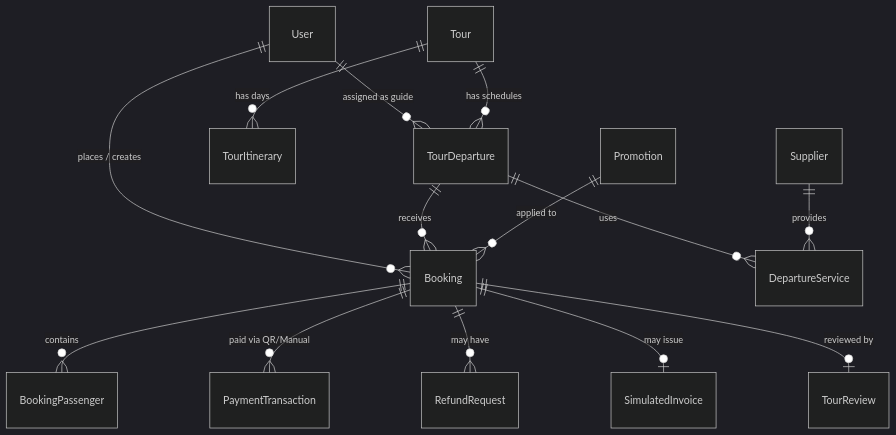
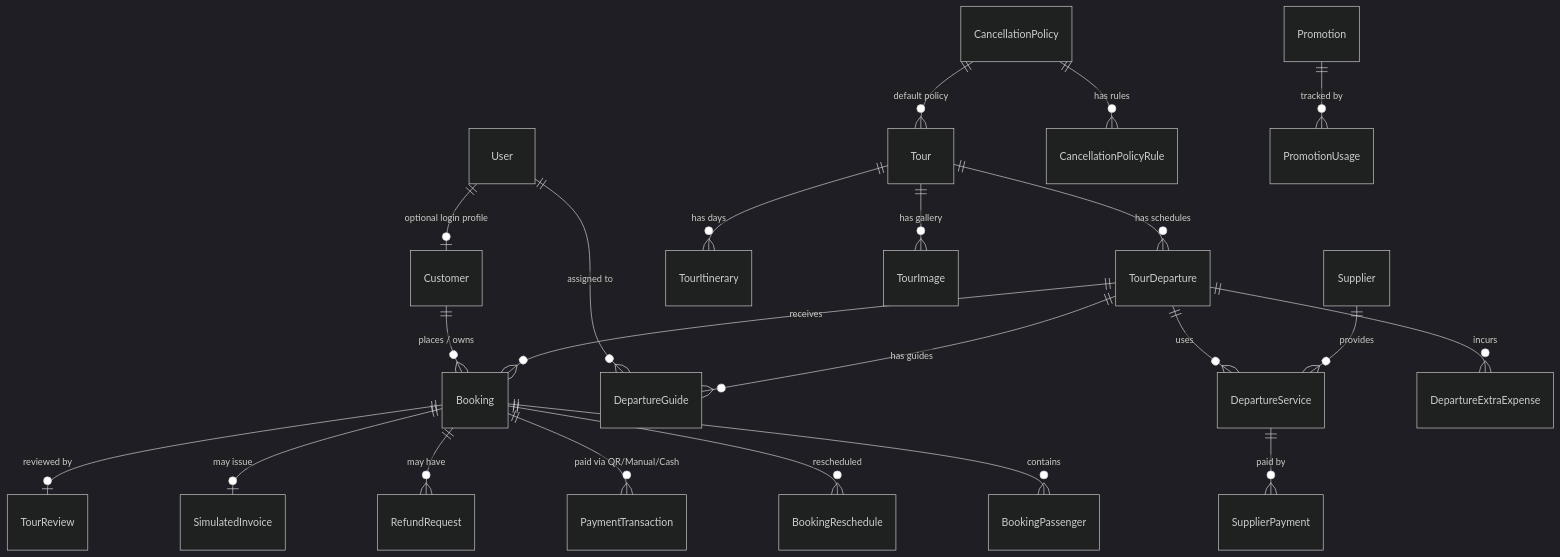
Before and after one commit to jtuongdang/web_manage_booking_tour_travel: the diagram in doc/06-thiet-ke-du-lieu-va-api-contracts.md, drawn with Mermaid (dark theme). The commit also changed other lines of this file and 13 other files, not shown here.

Commit message:
docs(db): finalize business specs, SQL Server 2022 schema, AGENTS.md and DevAgent validator

````diff
--- a/doc/06-thiet-ke-du-lieu-va-api-contracts.md
+++ b/doc/06-thiet-ke-du-lieu-va-api-contracts.md
@@ -5,16 +7,24 @@
 ```mermaid
 erDiagram
-    User ||--o{ Booking : "places / creates"
-    User ||--o{ TourDeparture : "assigned as guide"
+    User ||--o| Customer : "optional login profile"
+    Customer ||--o{ Booking : "places / owns"
+    User ||--o{ DepartureGuide : "assigned to"
+    TourDeparture ||--o{ DepartureGuide : "has guides"
+    CancellationPolicy ||--o{ Tour : "default policy"
+    CancellationPolicy ||--o{ CancellationPolicyRule : "has rules"
     Tour ||--o{ TourItinerary : "has days"
+    Tour ||--o{ TourImage : "has gallery"
     Tour ||--o{ TourDeparture : "has schedules"
     TourDeparture ||--o{ DepartureService : "uses"
+    TourDeparture ||--o{ DepartureExtraExpense : "incurs"
     Supplier ||--o{ DepartureService : "provides"
+    DepartureService ||--o{ SupplierPayment : "paid by"
     TourDeparture ||--o{ Booking : "receives"
-    Promotion ||--o{ Booking : "applied to"
+    Promotion ||--o{ PromotionUsage : "tracked by"
     Booking ||--o{ BookingPassenger : "contains"
-    Booking ||--o{ PaymentTransaction : "paid via QR/Manual"
+    Booking ||--o{ BookingReschedule : "rescheduled"
+    Booking ||--o{ PaymentTransaction : "paid via QR/Manual/Cash"
     Booking ||--o{ RefundRequest : "may have"
     Booking ||--o| SimulatedInvoice : "may issue"
     Booking ||--o| TourReview : "reviewed by"
 ```
````
